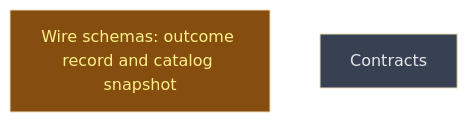
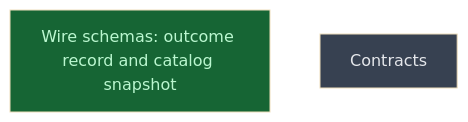
One commit to CrackingShells/Candler changed the diagram in __roadmap__/candler-v1/README.md. Above: the diagram before and after it, drawn with Mermaid (base theme). The commit also changed other lines of this file and 3 other files, not shown here.

First line of the commit message:
reports(schemas): close the wire-schemas milestone

````diff
--- a/__roadmap__/candler-v1/README.md
+++ b/__roadmap__/candler-v1/README.md
@@ -37,10 +37,10 @@
 ```mermaid
 graph TD
-    wire_schemas[Wire schemas: outcome record and catalog snapshot]:::inprogress
+    wire_schemas[Wire schemas: outcome record and catalog snapshot]:::done
     contracts[Contracts]:::planned
     classDef done       fill:#166534,color:#bbf7d0
     classDef inprogress fill:#854d0e,color:#fef08a
     classDef planned    fill:#374151,color:#e5e7eb
     classDef amendment  fill:#1e3a5f,color:#bfdbfe
     classDef blocked    fill:#7f1d1d,color:#fecaca
 ```
````
